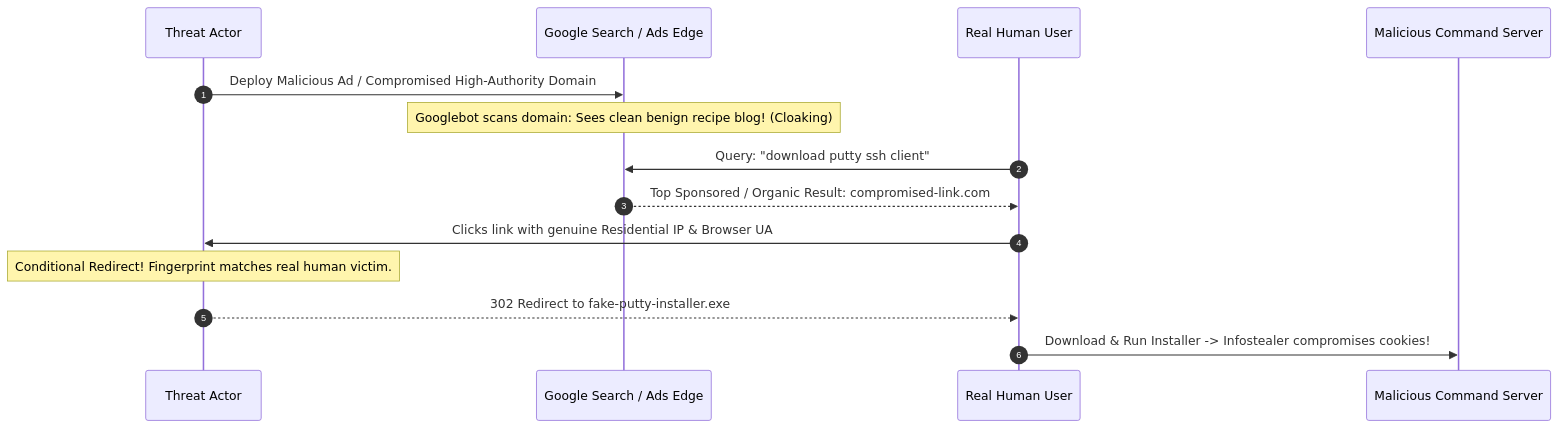
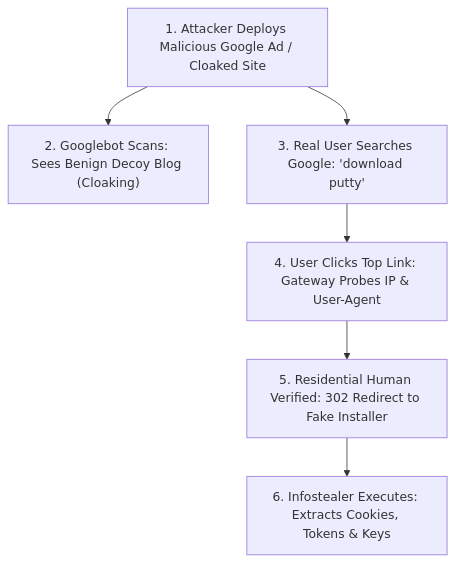
Before and after one commit to naimurhasan/naimurhasan.github.io: the first of 2 diagrams in _posts/2026-11-24-serp-poisoning-how-search-results-are-hijacked.md, drawn with Mermaid. The commit also changed other lines of this file and 28 other files, not shown here.

Commit message:
style(blog): compact TL;DR boxes to single quote callout and fix SERP poisoning diagram

````diff
--- a/_posts/2026-11-24-serp-poisoning-how-search-results-are-hijacked.md
+++ b/_posts/2026-11-24-serp-poisoning-how-search-results-are-hijacked.md
@@ -29,17 +25,8 @@
 ```mermaid
-sequenceDiagram
-  autonumber
-  participant Attacker as Threat Actor
-  participant Google as Google Search / Ads Edge
-  participant User as Real Human User
-  participant Payload as Malicious Command Server
-
-  Attacker->>Google: Deploy Malicious Ad / Compromised High-Authority Domain
-  Note over Google: Googlebot scans domain: Sees clean benign recipe blog! (Cloaking)
-  User->>Google: Query: "download putty ssh client"
-  Google-->>User: Top Sponsored / Organic Result: compromised-link.com
-  User->>Attacker: Clicks link with genuine Residential IP & Browser UA
-  Note over Attacker: Conditional Redirect! Fingerprint matches real human victim.
-  Attacker-->>User: 302 Redirect to fake-putty-installer.exe
-  User->>Payload: Download & Run Installer -> Infostealer compromises cookies!
+flowchart TD
+  A["1. Attacker Deploys Malicious Google Ad / Cloaked Site"] --> B["2. Googlebot Scans: Sees Benign Decoy Blog (Cloaking)"]
+  A --> C["3. Real User Searches Google: 'download putty'"]
+  C --> D["4. User Clicks Top Link: Gateway Probes IP & User-Agent"]
+  D --> E["5. Residential Human Verified: 302 Redirect to Fake Installer"]
+  E --> F["6. Infostealer Executes: Extracts Cookies, Tokens & Keys"]
 ```
````
